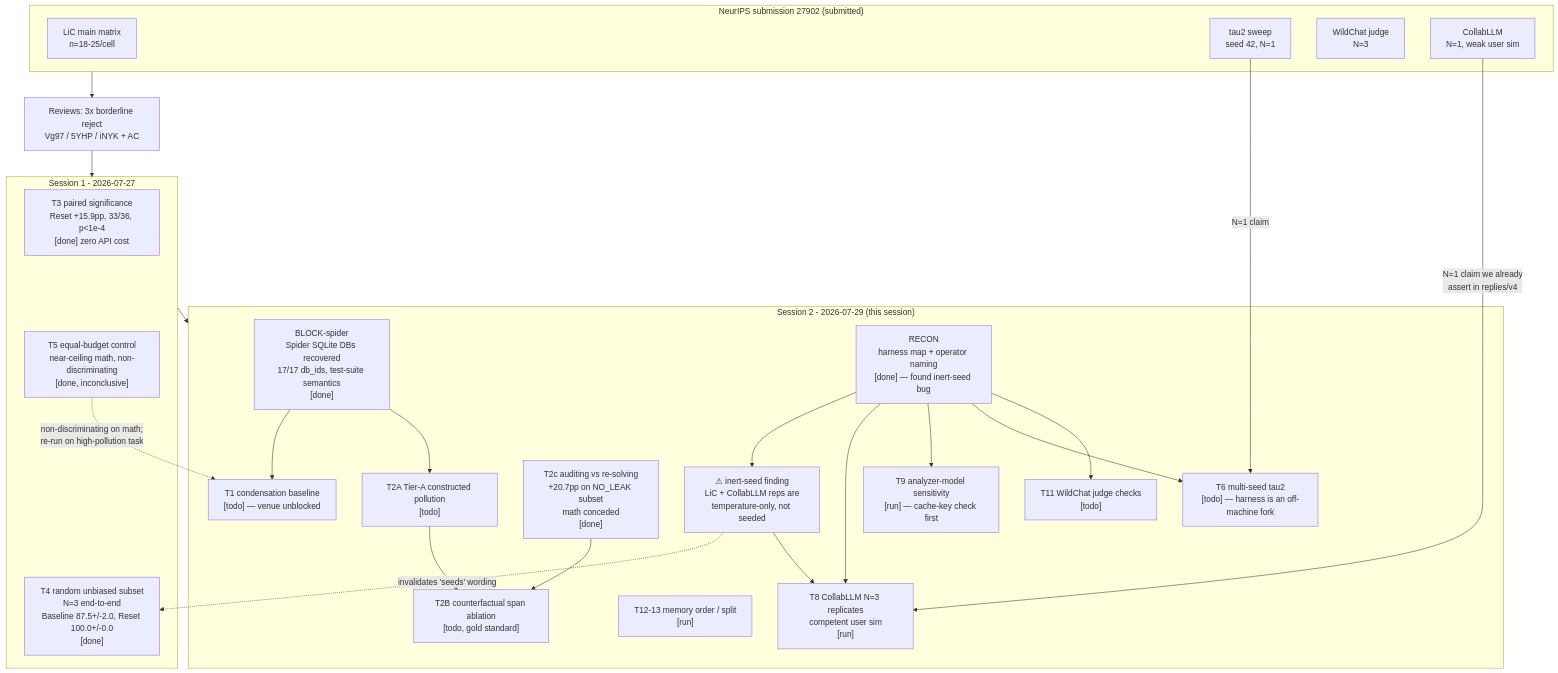
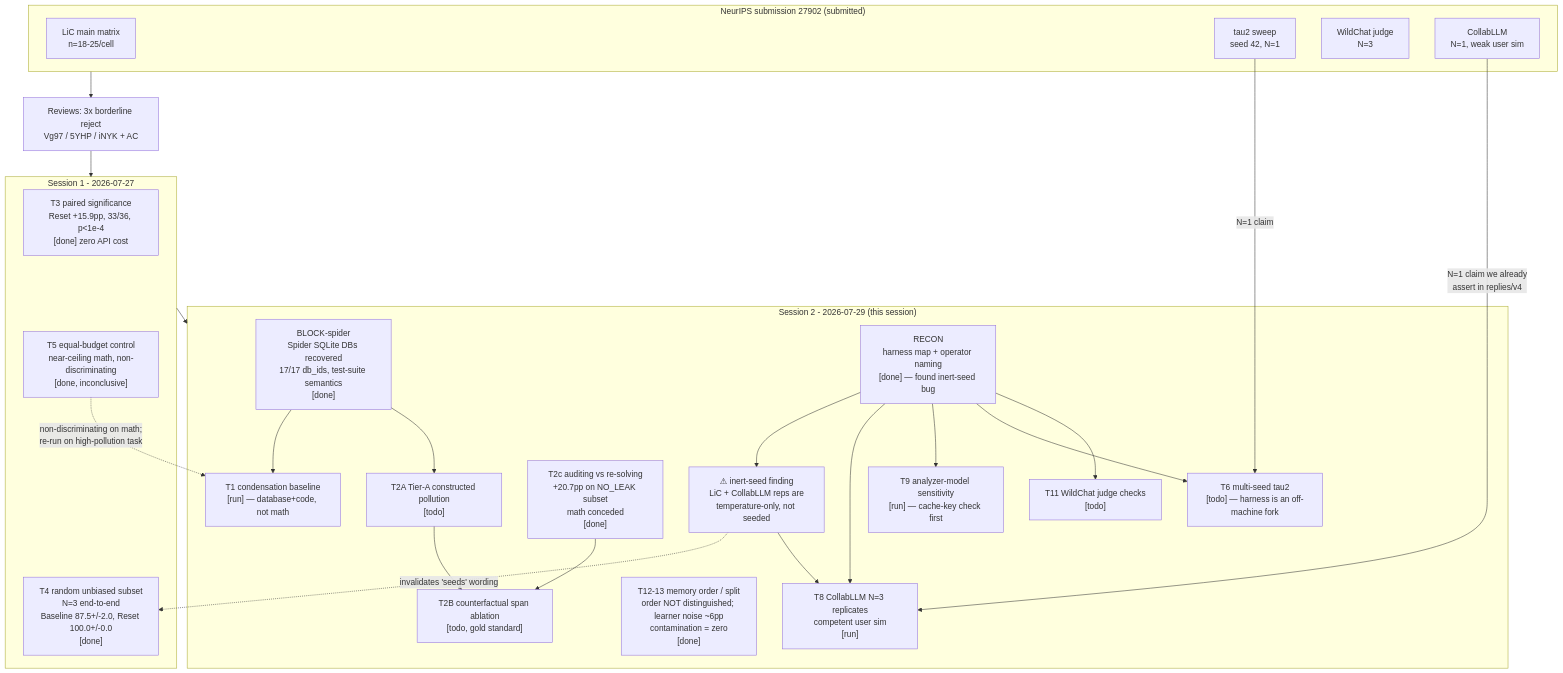
Before and after one commit to matt-seb-ho/ctx_editor: the diagram in neurips_review/autoresearch/PROVENANCE.md, drawn with Mermaid. The commit also changed other lines of this file and 6 other files, not shown here.

Commit message:
feat(rebuttal): T12/T13 results — memory noise floor, zero contamination; dispatch T1

````diff
--- a/neurips_review/autoresearch/PROVENANCE.md
+++ b/neurips_review/autoresearch/PROVENANCE.md
@@ -11,51 +11,51 @@
 ```mermaid
 graph TD
   subgraph PAPER["NeurIPS submission 27902 (submitted)"]
     P0["LiC main matrix<br/>n=18-25/cell"]
     P1["tau2 sweep<br/>seed 42, N=1"]
     P2["WildChat judge<br/>N=3"]
     P3["CollabLLM<br/>N=1, weak user sim"]
   end
 
   R["Reviews: 3x borderline reject<br/>Vg97 / 5YHP / iNYK + AC"]
   PAPER --> R
 
   subgraph S1["Session 1 - 2026-07-27"]
     T3["T3 paired significance<br/>Reset +15.9pp, 33/36, p&lt;1e-4<br/>[done] zero API cost"]
     T4["T4 random unbiased subset<br/>N=3 end-to-end<br/>Baseline 87.5+/-2.0, Reset 100.0+/-0.0<br/>[done]"]
     T5["T5 equal-budget control<br/>near-ceiling math, non-discriminating<br/>[done, inconclusive]"]
   end
   R --> S1
 
   subgraph S2["Session 2 - 2026-07-29 (this session)"]
     BLK["BLOCK-spider<br/>Spider SQLite DBs recovered<br/>17/17 db_ids, test-suite semantics<br/>[done]"]
     RC["RECON<br/>harness map + operator naming<br/>[done] — found inert-seed bug"]
     T8["T8 CollabLLM N=3 replicates<br/>competent user sim<br/>[run]"]
     T9["T9 analyzer-model sensitivity<br/>[run] — cache-key check first"]
     T2A["T2A Tier-A constructed pollution<br/>[todo]"]
     T2C["T2c auditing vs re-solving<br/>+20.7pp on NO_LEAK subset<br/>math conceded<br/>[done]"]
-    T1["T1 condensation baseline<br/>[todo] — venue unblocked"]
+    T1["T1 condensation baseline<br/>[run] — database+code, not math"]
     T11["T11 WildChat judge checks<br/>[todo]"]
-    T12["T12-13 memory order / split<br/>[run]"]
+    T12["T12-13 memory order / split<br/>order NOT distinguished; learner noise ~6pp<br/>contamination = zero<br/>[done]"]
     T6["T6 multi-seed tau2<br/>[todo] — harness is an off-machine fork"]
     T2B["T2B counterfactual span ablation<br/>[todo, gold standard]"]
     SEED["⚠ inert-seed finding<br/>LiC + CollabLLM reps are<br/>temperature-only, not seeded"]
   end
   S1 --> S2
 
   RC --> SEED
   SEED -.->|"invalidates 'seeds' wording"| T4
   SEED --> T8
   RC --> T8
   RC --> T9
   RC --> T6
   RC --> T11
   BLK --> T1
   BLK --> T2A
   T5 -.->|"non-discriminating on math;<br/>re-run on high-pollution task"| T1
   T2A --> T2B
   T2C --> T2B
 
   P3 -->|"N=1 claim we already<br/>assert in replies/v4"| T8
   P1 -->|"N=1 claim"| T6
 ```
````
